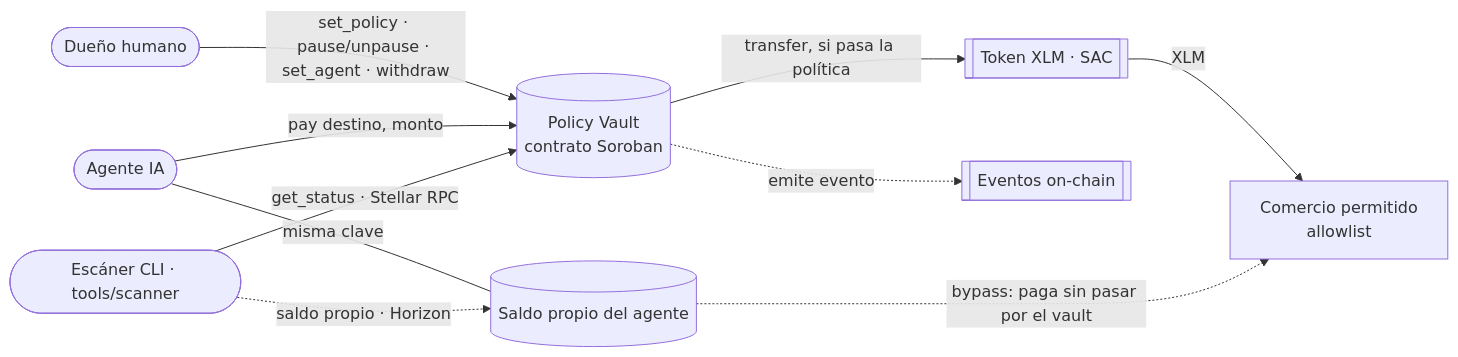
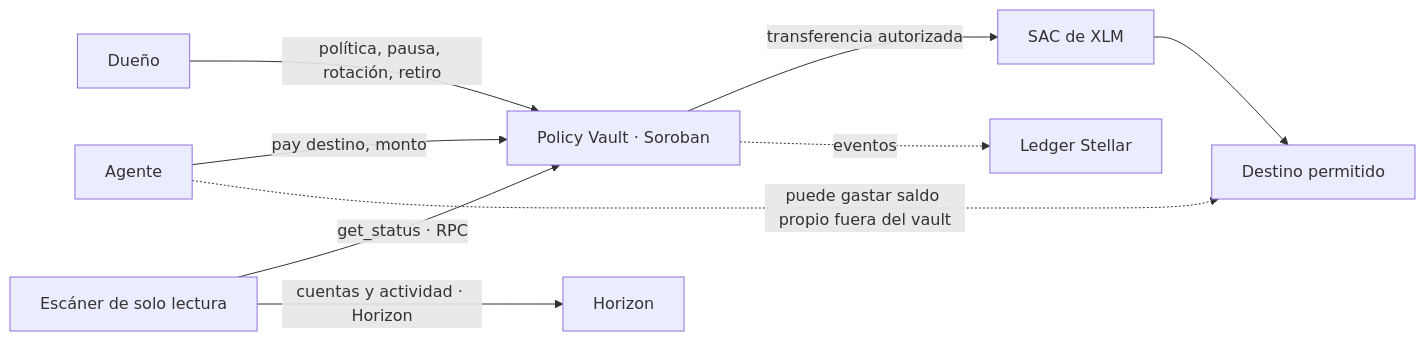
Before and after one commit to JoseEscajadillo/CrimsonSentry: the diagram in docs/ARQUITECTURA.md, drawn with Mermaid. The commit also changed other lines of this file and 3 other files, not shown here.

Commit message:
Document architecture security scanning and operations

````diff
--- a/docs/ARQUITECTURA.md
+++ b/docs/ARQUITECTURA.md
@@ -7,12 +7,11 @@
 ```mermaid
 flowchart LR
-    Owner([Dueño humano]) -->|set_policy · pause/unpause · set_agent · withdraw| Vault[(Policy Vault<br/>contrato Soroban)]
-    Agent([Agente IA]) -->|pay destino, monto| Vault
-    Vault -->|transfer, si pasa la política| Token[[Token XLM · SAC]]
-    Token -->|XLM| Dest[Comercio permitido<br/>allowlist]
-    Vault -.->|emite evento| Events[[Eventos on-chain]]
-    Scanner([Escáner CLI · tools/scanner]) -->|get_status · Stellar RPC| Vault
-    Agent ---|misma clave| Own[(Saldo propio del agente)]
-    Own -.->|bypass: paga sin pasar por el vault| Dest
-    Scanner -.->|saldo propio · Horizon| Own
+    Owner[Dueño] -->|política, pausa, rotación, retiro| Vault[Policy Vault · Soroban]
+    Agent[Agente] -->|pay destino, monto| Vault
+    Vault -->|transferencia autorizada| Token[SAC de XLM]
+    Token --> Merchant[Destino permitido]
+    Vault -.->|eventos| Ledger[Ledger Stellar]
+    Scanner[Escáner de solo lectura] -->|get_status · RPC| Vault
+    Scanner -->|cuentas y actividad · Horizon| Horizon[Horizon]
+    Agent -.->|puede gastar saldo propio fuera del vault| Merchant
 ```
````
